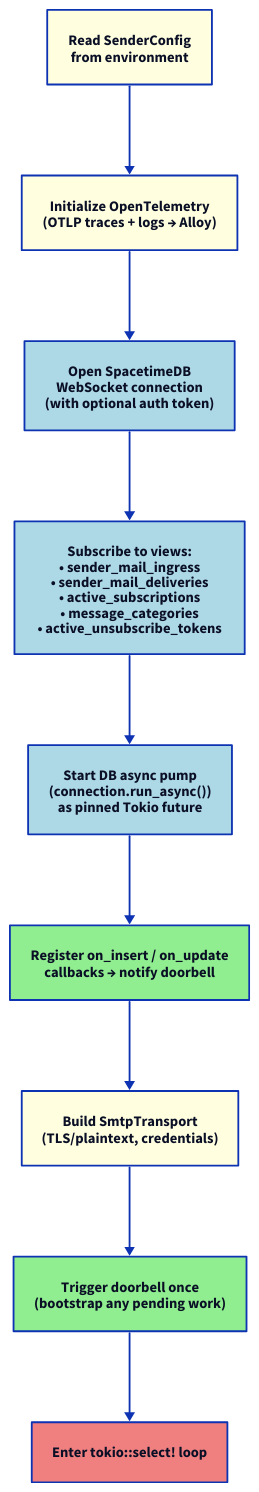
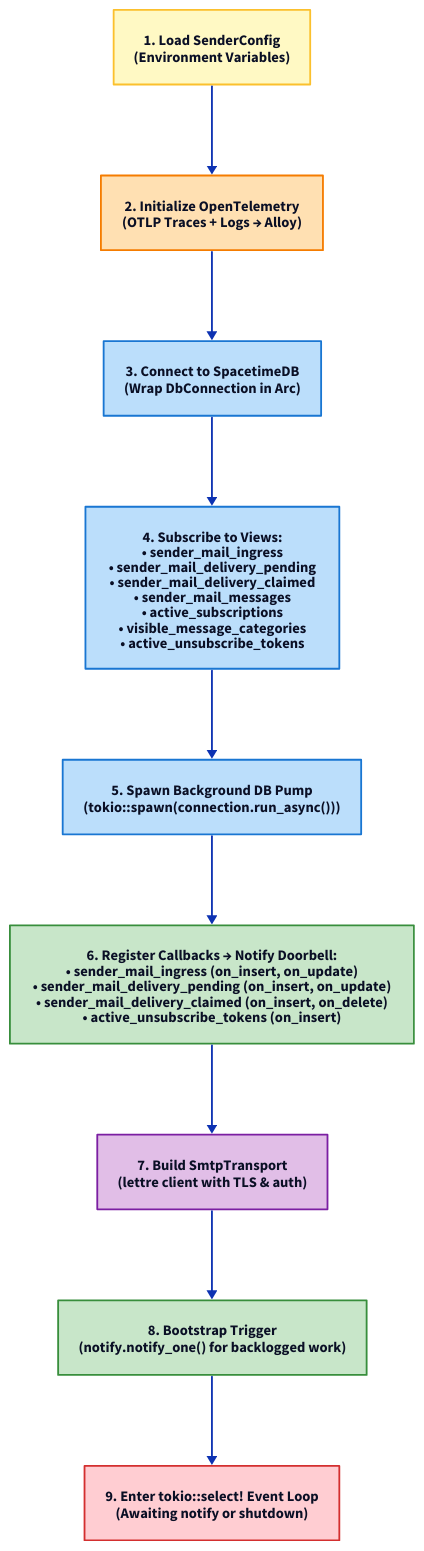
Before and after one commit to enaut/kommunikationszentrum: the diagram in docs/src/core/sender/control-flow-startup-sequence.d2, drawn with D2. The commit also changed 18 other files, not shown here.

```diff
--- a/docs/src/core/sender/control-flow-startup-sequence.d2
+++ b/docs/src/core/sender/control-flow-startup-sequence.d2
@@ -1,13 +1,21 @@
-direction: down
 
-env: "Read SenderConfig\nfrom environment" { style.fill: lightyellow }
-otel: "Initialize OpenTelemetry\n(OTLP traces + logs → Alloy)" { style.fill: lightyellow }
-conn: "Open SpacetimeDB\nWebSocket connection\n(with optional auth token)" { style.fill: lightblue }
-sub: "Subscribe to views:\n• sender_mail_ingress\n• sender_mail_deliveries\n• active_subscriptions\n• message_categories\n• active_unsubscribe_tokens" { style.fill: lightblue }
-pump: "Start DB async pump\n(connection.run_async())\nas pinned Tokio future" { style.fill: lightblue }
-cb: "Register on_insert / on_update\ncallbacks → notify doorbell" { style.fill: lightgreen }
-smtp: "Build SmtpTransport\n(TLS/plaintext, credentials)" { style.fill: lightyellow }
-boot: "Trigger doorbell once\n(bootstrap any pending work)" { style.fill: lightgreen }
-loop_: "Enter tokio::select! loop" { style.fill: lightcoral }
+classes: {
+  config: { style.fill: "#fff9c4"; style.stroke: "#fbc02d" }
+  otel: { style.fill: "#ffe0b2"; style.stroke: "#f57c00" }
+  db: { style.fill: "#bbdefb"; style.stroke: "#1976d2" }
+  cb: { style.fill: "#c8e6c9"; style.stroke: "#388e3c" }
+  smtp: { style.fill: "#e1bee7"; style.stroke: "#7b1fa2" }
+  loop: { style.fill: "#ffcdd2"; style.stroke: "#d32f2f" }
+}
+
+env: "1. Load SenderConfig\n(Environment Variables)" { class: config }
+otel: "2. Initialize OpenTelemetry\n(OTLP Traces + Logs → Alloy)" { class: otel }
+conn: "3. Connect to SpacetimeDB\n(Wrap DbConnection in Arc)" { class: db }
+sub: "4. Subscribe to Views:\n• sender_mail_ingress\n• sender_mail_delivery_pending\n• sender_mail_delivery_claimed\n• sender_mail_messages\n• active_subscriptions\n• visible_message_categories\n• active_unsubscribe_tokens" { class: db }
+pump: "5. Spawn Background DB Pump\n(tokio::spawn(connection.run_async()))" { class: db }
+cb: "6. Register Callbacks → Notify Doorbell:\n• sender_mail_ingress (on_insert, on_update)\n• sender_mail_delivery_pending (on_insert, on_update)\n• sender_mail_delivery_claimed (on_insert, on_delete)\n• active_unsubscribe_tokens (on_insert)" { class: cb }
+smtp: "7. Build SmtpTransport\n(lettre client with TLS & auth)" { class: smtp }
+boot: "8. Bootstrap Trigger\n(notify.notify_one() for backlogged work)" { class: cb }
+loop_: "9. Enter tokio::select! Event Loop\n(Awaiting notify or shutdown)" { class: loop }
 
 env -> otel -> conn -> sub -> pump -> cb -> smtp -> boot -> loop_
```
